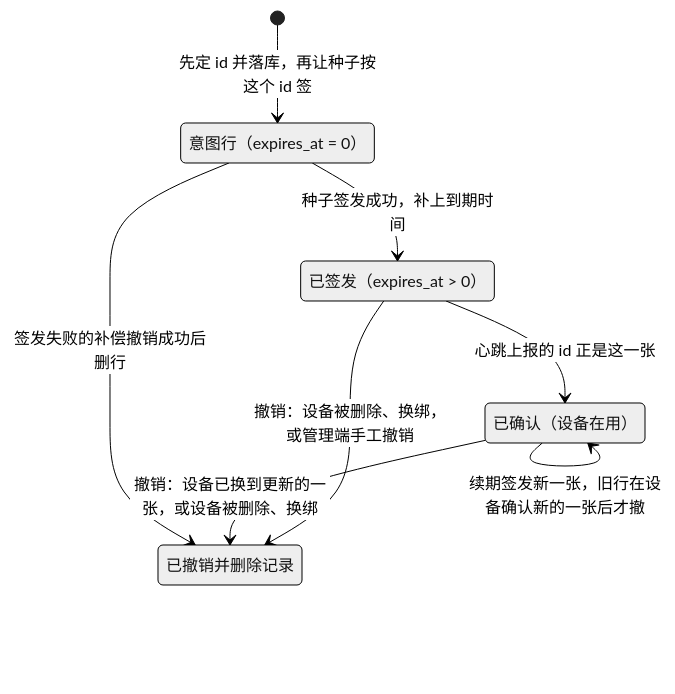
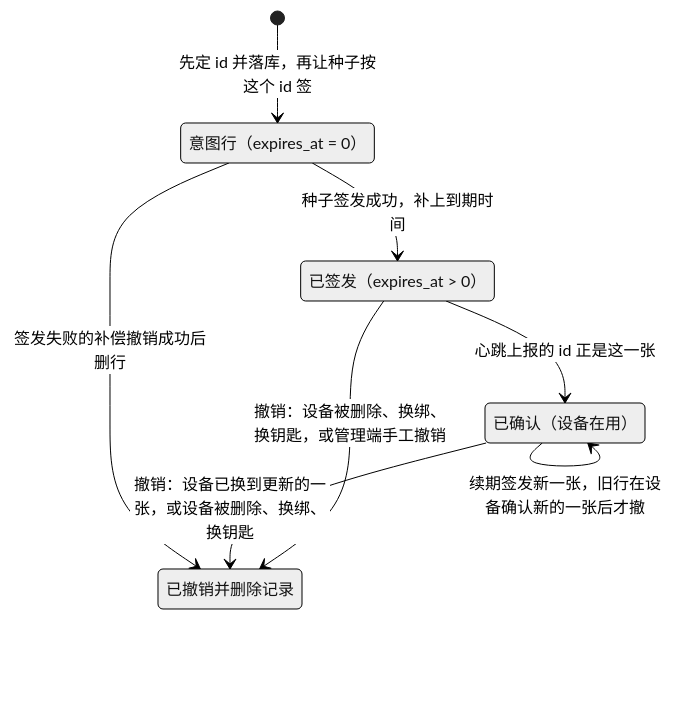
The second of 6 diagrams in docs/states.md (hm-service/mesh-server), drawn with Mermaid (neutral theme) before and after one commit. The commit also changed other lines of this file and 33 other files, not shown here.

````diff
--- a/docs/states.md
+++ b/docs/states.md
@@ -50,14 +59,14 @@
 ```mermaid
 stateDiagram-v2
     state "意图行（expires_at = 0）" as Intent
     state "已签发（expires_at > 0）" as Issued
     state "已确认（设备在用）" as Confirmed
     state "已撤销并删除记录" as Removed
     [*] --> Intent: 先定 id 并落库，再让种子按这个 id 签
     Intent --> Issued: 种子签发成功，补上到期时间
     Intent --> Removed: 签发失败的补偿撤销成功后删行
     Issued --> Confirmed: 心跳上报的 id 正是这一张
-    Confirmed --> Removed: 撤销：设备已换到更新的一张，或设备被删除、换绑
-    Issued --> Removed: 撤销：设备被删除、换绑，或管理端手工撤销
+    Confirmed --> Removed: 撤销：设备已换到更新的一张，或设备被删除、换绑、换钥匙
+    Issued --> Removed: 撤销：设备被删除、换绑、换钥匙，或管理端手工撤销
     Confirmed --> Confirmed: 续期签发新一张，旧行在设备确认新的一张后才撤
 ```
````
